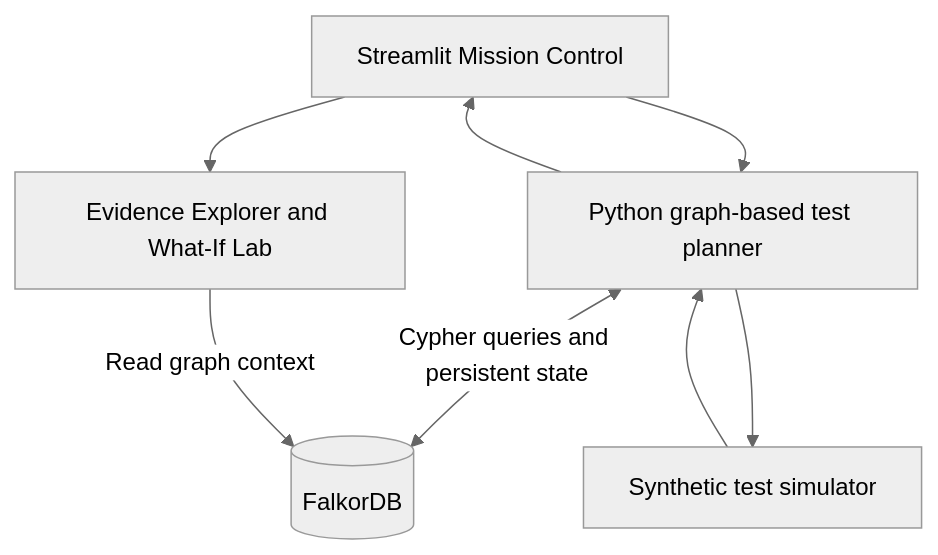
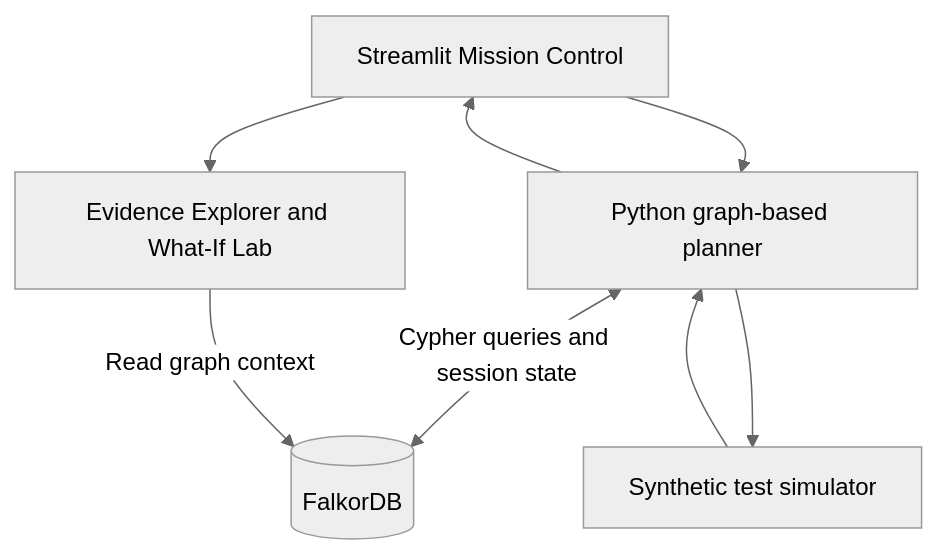
The first of 2 diagrams in README.md (safiul167/TestPilot-AI), drawn with Mermaid (neutral theme) before and after one commit. The commit also changed other lines of this file, not shown here.

````diff
--- a/README.md
+++ b/README.md
@@ -36,10 +36,10 @@
 ```mermaid
 flowchart TD
-    UI[Streamlit Mission Control] --> AG[Python graph-based test planner]
-    AG <-->|Cypher queries and persistent state| DB[(FalkorDB)]
+    UI[Streamlit Mission Control] --> AG[Python graph-based planner]
+    AG <-->|Cypher queries and session state| DB[(FalkorDB)]
     AG --> SIM[Synthetic test simulator]
     SIM --> AG
     AG --> UI
     UI --> EX[Evidence Explorer and What-If Lab]
     EX -->|Read graph context| DB
 ```
````
